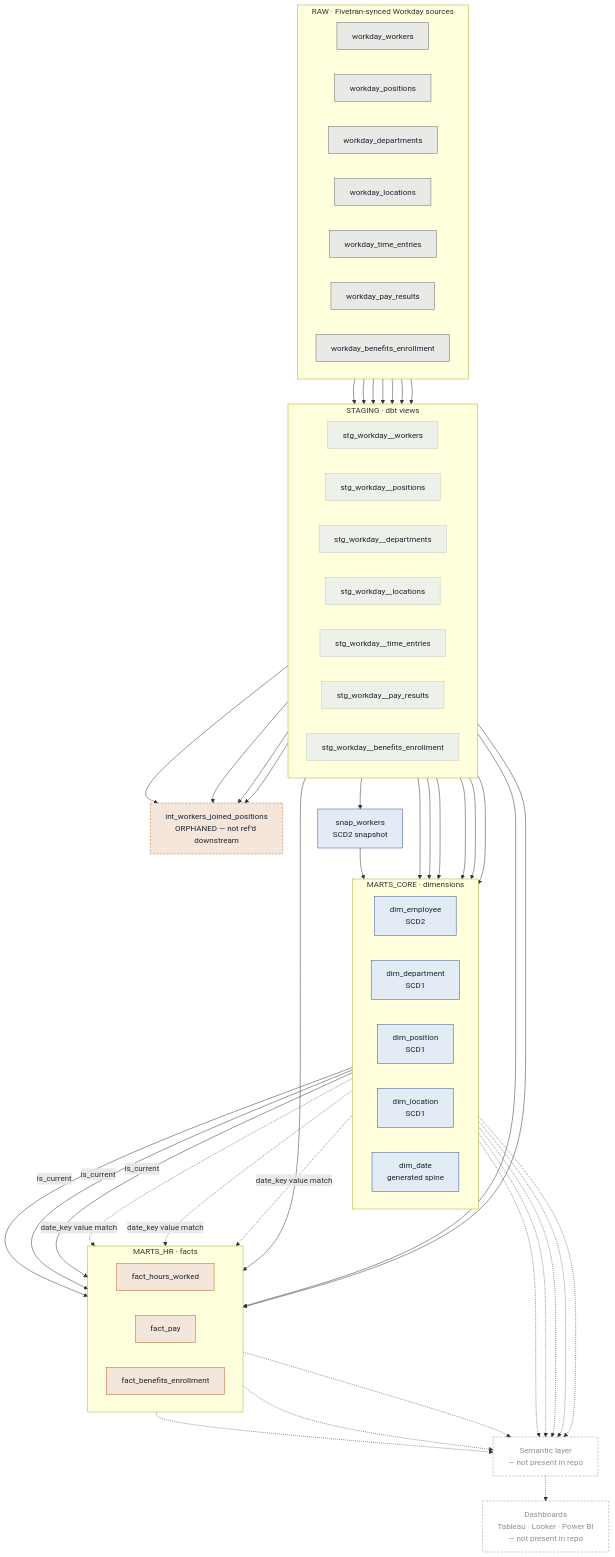
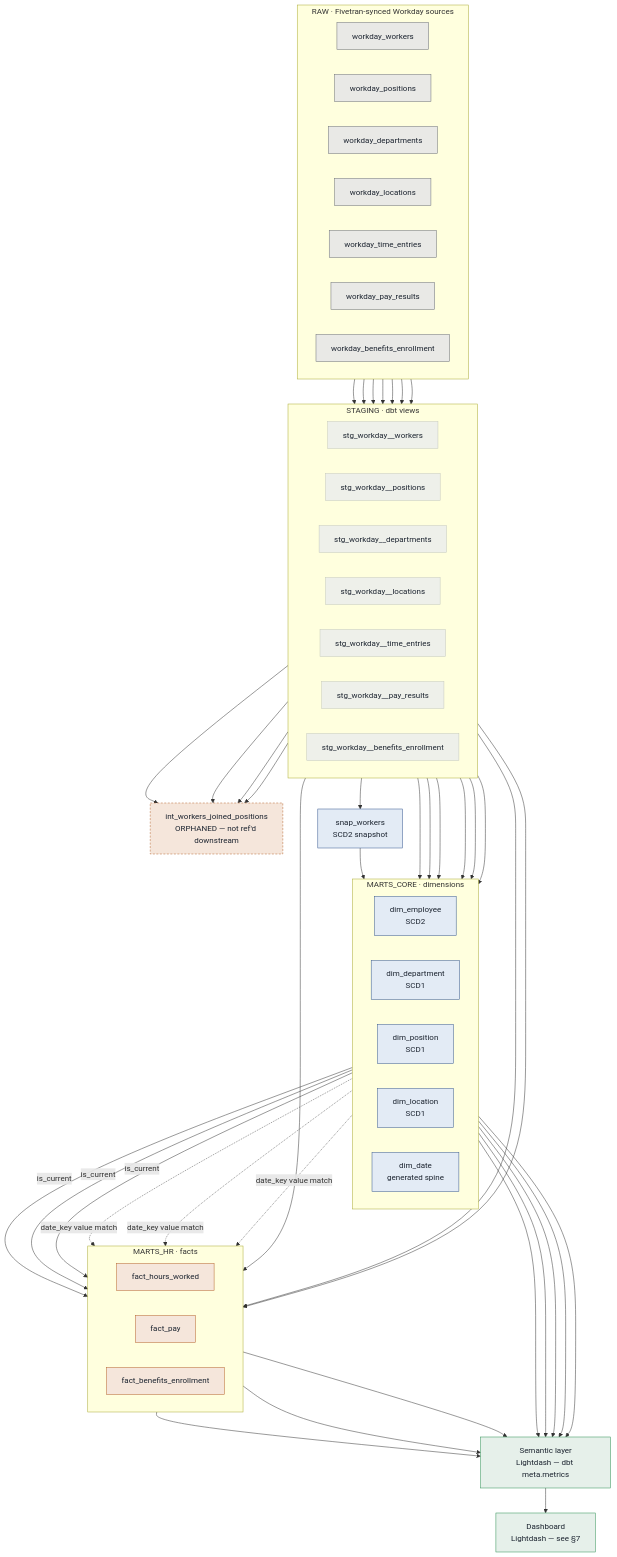
The second of 2 diagrams in README.md (mayuresh-bhalekar/workday-fivetran-dbt-snowflake), drawn with Mermaid before and after one commit. The commit also changed other lines of this file and 3 other files, not shown here.

First line of the commit message:
Add Lightdash BI dashboard: metrics config + README section

````diff
--- a/README.md
+++ b/README.md
@@ -213,8 +236,8 @@
         F_BEN["fact_benefits_enrollment"]
     end
 
-    SEMX["Semantic layer<br/>— not present in repo"]
-    DASHX["Dashboards<br/>Tableau · Looker · Power BI<br/>— not present in repo"]
+    SEMX["Semantic layer<br/>Lightdash — dbt meta.metrics"]
+    DASHX["Dashboard<br/>Lightdash — see §7"]
 
     S_WORK --> T_WORK
     S_POS --> T_POS
@@ -250,15 +273,15 @@
     D_DATE -.->|"date_key value match"| F_PAY
     D_DATE -.->|"date_key value match"| F_BEN
 
-    D_EMP -.-> SEMX
-    D_DEPT -.-> SEMX
-    D_POS -.-> SEMX
-    D_LOC -.-> SEMX
-    D_DATE -.-> SEMX
-    F_HRS -.-> SEMX
-    F_PAY -.-> SEMX
-    F_BEN -.-> SEMX
-    SEMX -.-> DASHX
+    D_EMP --> SEMX
+    D_DEPT --> SEMX
+    D_POS --> SEMX
+    D_LOC --> SEMX
+    D_DATE --> SEMX
+    F_HRS --> SEMX
+    F_PAY --> SEMX
+    F_BEN --> SEMX
+    SEMX --> DASHX
 
     classDef raw fill:#e9e9e6,stroke:#6b6f76,color:#1c2430;
     classDef stg fill:#eef0ea,stroke:#c5c9bd,color:#1c2430;
@@ -266,7 +289,7 @@
     classDef snap fill:#e3ebf5,stroke:#35578f,color:#1c2430;
     classDef dim fill:#e3ebf5,stroke:#35578f,color:#1c2430;
     classDef fact fill:#f5e6db,stroke:#b5622c,color:#1c2430;
-    classDef notbuilt fill:transparent,stroke:#8791a0,color:#8791a0,stroke-dasharray: 4 3;
+    classDef bi fill:#e6f0ea,stroke:#2c8f52,color:#1c2430;
 
     class S_WORK,S_POS,S_DEPT,S_LOC,S_TIME,S_PAY,S_BEN raw;
     class T_WORK,T_POS,T_DEPT,T_LOC,T_TIME,T_PAY,T_BEN stg;
@@ -274,5 +297,5 @@
     class SNAP snap;
     class D_EMP,D_DEPT,D_POS,D_LOC,D_DATE dim;
     class F_HRS,F_PAY,F_BEN fact;
-    class SEMX,DASHX notbuilt;
+    class SEMX,DASHX bi;
 ```
````
